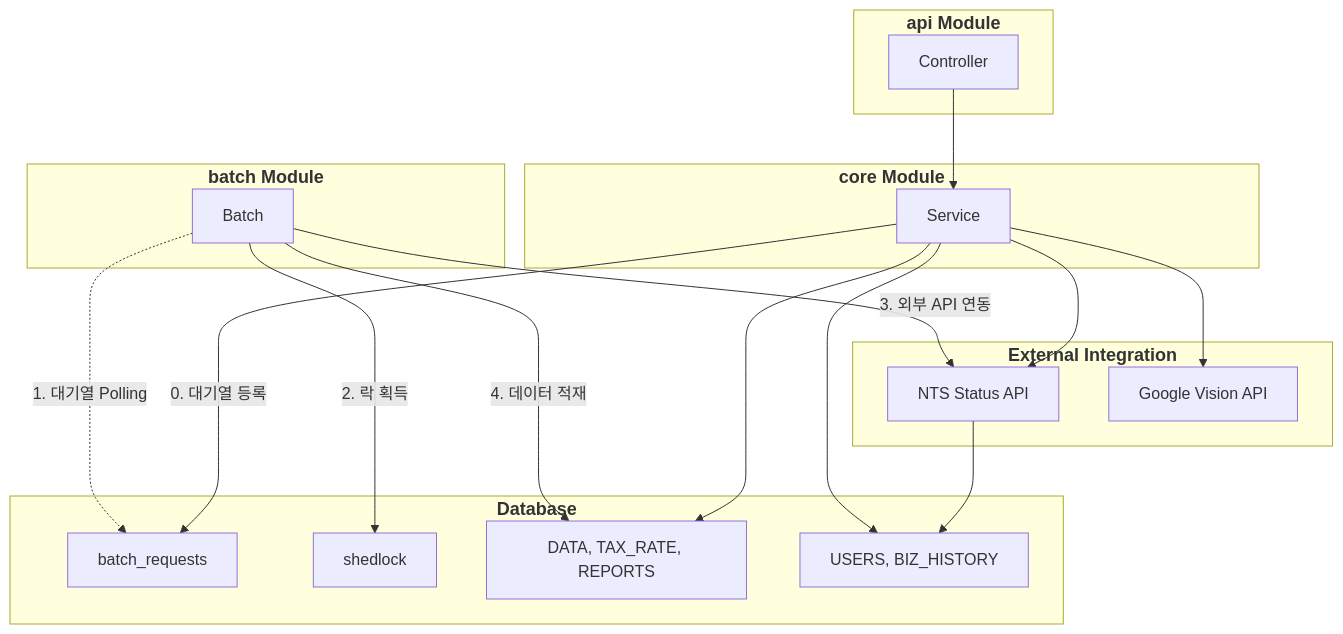
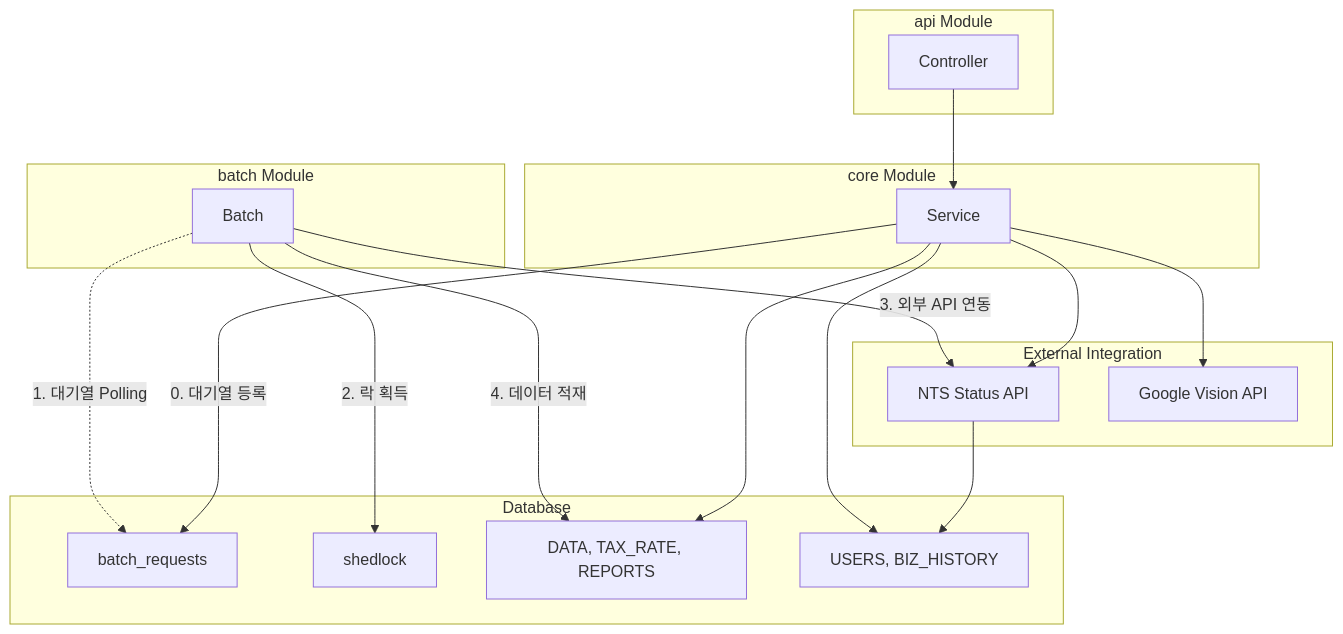
Before and after one commit to solkim7612/BizReport: the first of 2 diagrams in README.md, drawn with Mermaid.

Commit message:
update readme on June_6.9

````diff
--- a/README.md
+++ b/README.md
@@ -40,47 +40,47 @@
 ```mermaid
 graph TD
-    subgraph EXT ["<b style='font-size:18px;'>External Integration</b>"]
+    subgraph EXT [External Integration]
         NTS[NTS Status API]
         GVA[Google Vision API]
     end
 
-    subgraph API_L ["<b style='font-size:18px;'>api Module</b>"]
+    subgraph API_L [api Module]
         API[Controller]
     end
 
-    subgraph CORE_L ["<b style='font-size:18px;'>core Module</b>"]
+    subgraph CORE_L [core Module]
         CORE[Service]
     end
 
-    subgraph BATCH_L ["<b style='font-size:18px;'>batch Module</b>"]
+    subgraph BATCH_L [batch Module]
         BATCH[Batch]
     end
 
-    subgraph DB ["<b style='font-size:18px;'>Database</b>"]
+    subgraph DB [Database]
         REQ[batch_requests]
         SHED[shedlock]
         DATA[DATA, TAX_RATE, REPORTS]
         USR[USERS, BIZ_HISTORY]
     end
 
     %% API 상세 흐름
     API --> CORE
     
     %% CORE 상세 흐름
     CORE --> GVA
     CORE --> NTS
     NTS --> USR
     CORE -->|0. 대기열 등록| REQ
     CORE --> DATA
     CORE --> USR
     
     %% Batch 상세 흐름
     BATCH -.->|1. 대기열 Polling| REQ
     BATCH -->|2. 락 획득| SHED
     BATCH -->|3. 외부 API 연동| NTS
     BATCH -->|4. 데이터 적재| DATA
     
     class NTS,GVA ext;
     class API,CORE,BATCH mod;
     class REQ,SHED,DATA,USR db;
 ```
````
